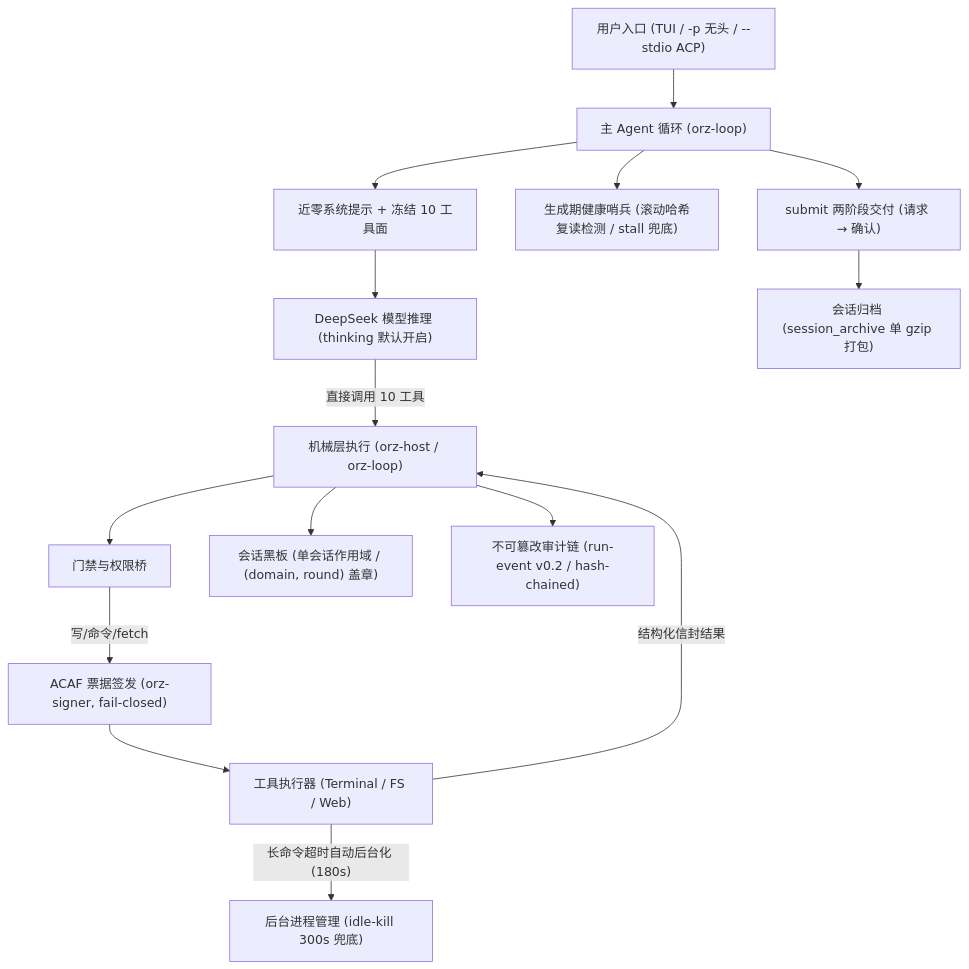
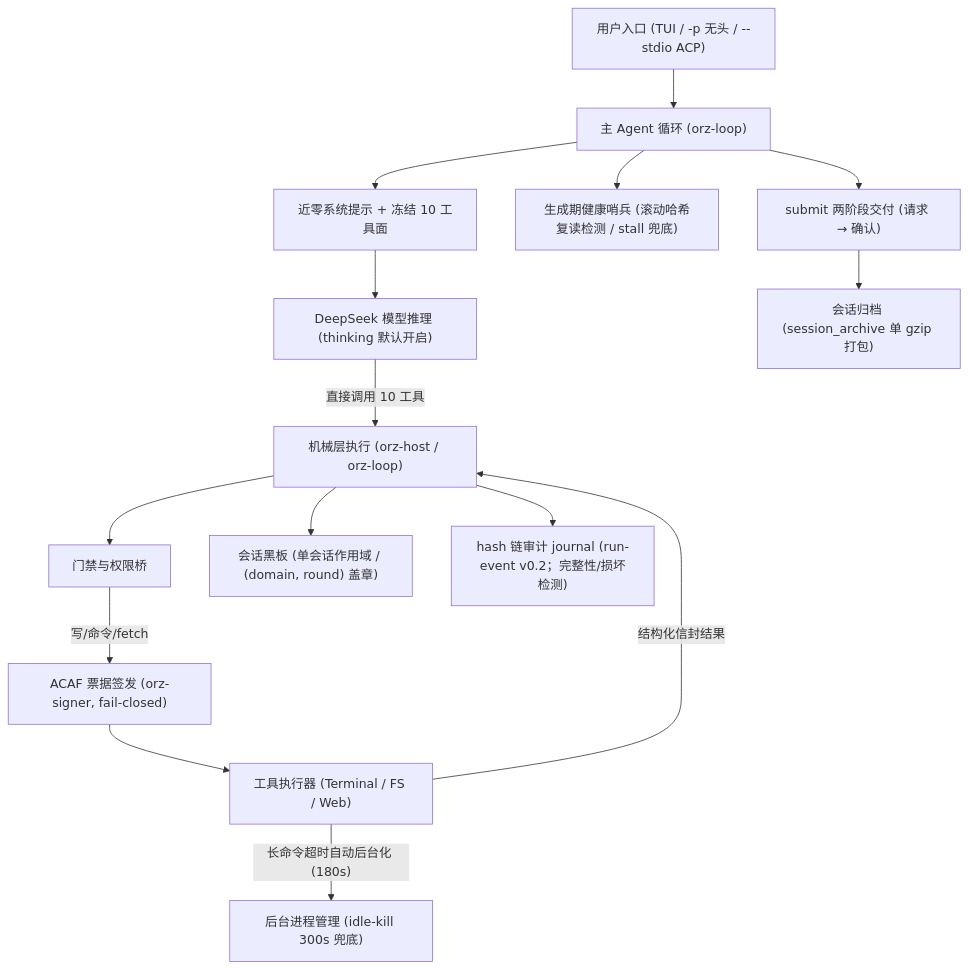
One commit to SilverWhite/orz changed the diagram in architecture/current/README.md. Above: the diagram before and after it, drawn with Mermaid. The commit also changed other lines of this file and 16 other files, not shown here.

````diff
--- a/architecture/current/README.md
+++ b/architecture/current/README.md
@@ -13,22 +13,22 @@
 ```mermaid
 flowchart TD
     User["用户入口 (TUI / -p 无头 / --stdio ACP)"] --> Loop["主 Agent 循环 (orz-loop)"]
     Loop --> Prompt["近零系统提示 + 冻结 10 工具面"]
     Prompt --> Model["DeepSeek 模型推理 (thinking 默认开启)"]
 
     Model -->|"直接调用 10 工具"| HostExec["机械层执行 (orz-host / orz-loop)"]
 
     HostExec --> Gate["门禁与权限桥"]
     Gate -->|"写/命令/fetch"| ACAF["ACAF 票据签发 (orz-signer, fail-closed)"]
     ACAF --> ToolRun["工具执行器 (Terminal / FS / Web)"]
 
     ToolRun -->|"长命令超时自动后台化 (180s)"| BgProc["后台进程管理 (idle-kill 300s 兜底)"]
     ToolRun -->|"结构化信封结果"| HostExec
 
     HostExec --> Blackboard["会话黑板 (单会话作用域 / (domain, round) 盖章)"]
-    HostExec --> Journal["不可篡改审计链 (run-event v0.2 / hash-chained)"]
+    HostExec --> Journal["hash 链审计 journal (run-event v0.2；完整性/损坏检测)"]
 
     Loop --> Guard["生成期健康哨兵 (滚动哈希复读检测 / stall 兜底)"]
     Loop --> Delivery["submit 两阶段交付 (请求 → 确认)"]
     Delivery --> Close["会话归档 (session_archive 单 gzip 打包)"]
 ```
````
